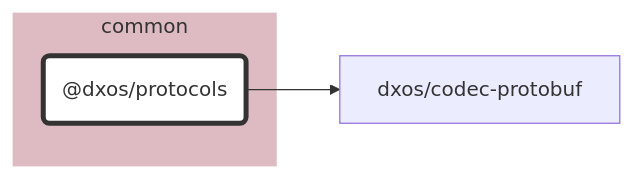
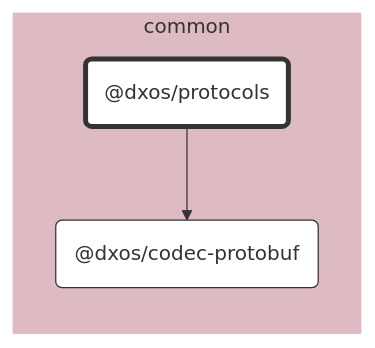
One commit to dxos/dxos changed the diagram in packages/common/protocols/docs/README.md. Above: the diagram before and after it, drawn with Mermaid. The commit also changed 65 other files, not shown here.

````diff
--- a/packages/common/protocols/docs/README.md
+++ b/packages/common/protocols/docs/README.md
@@ -7,21 +7,23 @@
 ```mermaid
 %%{ init: {'flowchart':{'curve':'basis'}} }%%
 
 flowchart LR
 
 %% Classes
 classDef def fill:#fff,stroke:#333,stroke-width:1px
 classDef root fill:#fff,stroke:#333,stroke-width:4px
 
 %% Nodes
 
 subgraph common [common]
   style common fill:#debac2,stroke:#fff
   dxos/protocols("@dxos/protocols"):::root
   click dxos/protocols "dxos/dxos/tree/main/packages/common/protocols/docs"
+  dxos/codec-protobuf("@dxos/codec-protobuf"):::def
+  click dxos/codec-protobuf "dxos/dxos/tree/main/packages/common/codec-protobuf/docs"
 end
 
 %% Links
 linkStyle default stroke:#333,stroke-width:1px
 dxos/protocols --> dxos/codec-protobuf
 ```
````
